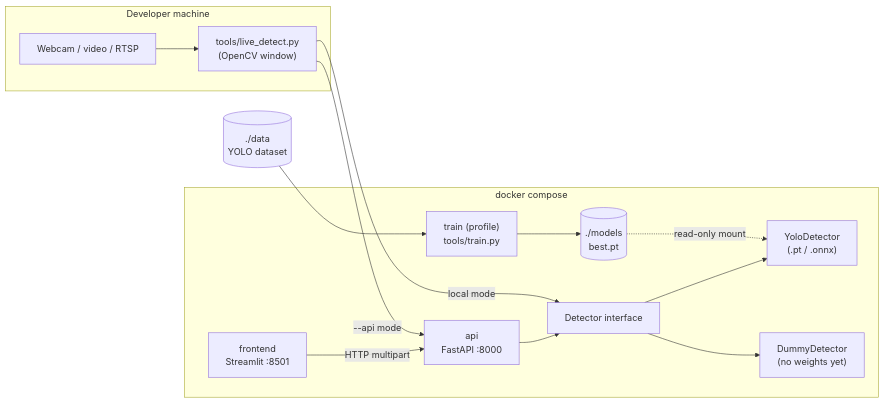
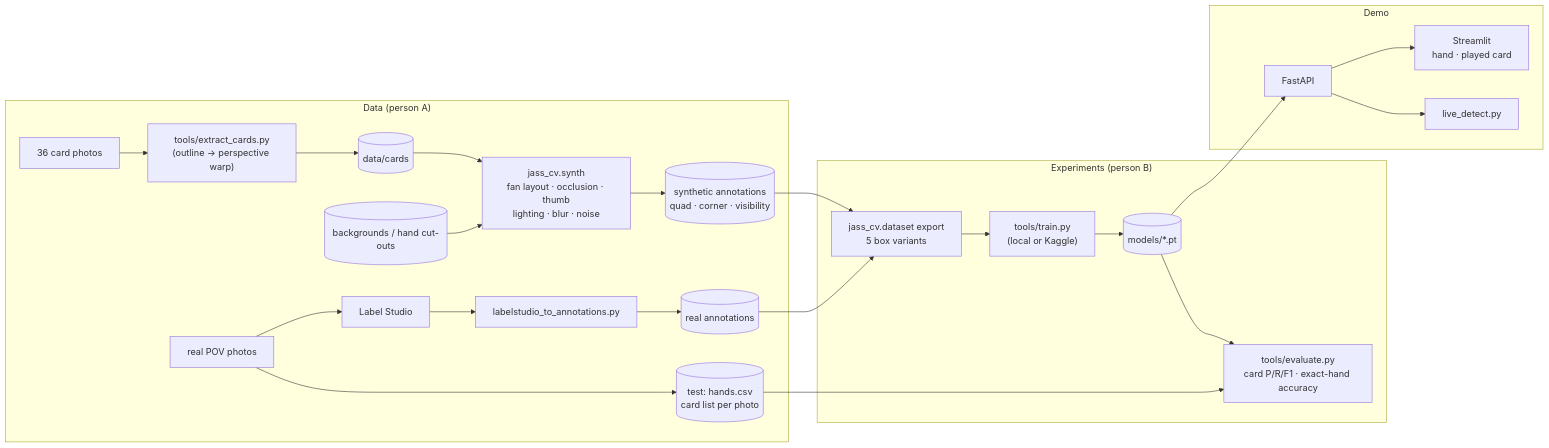
One commit to Noah-Rod/cvai changed the diagram in docs/architecture.md. Above: the diagram before and after it, drawn with Mermaid. The commit also changed other lines of this file and 34 other files, not shown here.

First line of the commit message:
feat: refocus on fanned-hand recognition with a synthetic data pipeline

````diff
--- a/docs/architecture.md
+++ b/docs/architecture.md
@@ -5,17 +32,25 @@
 ```mermaid
 flowchart LR
-    subgraph host["Developer machine"]
-        cam["Webcam / video / RTSP"] --> live["tools/live_detect.py<br/>(OpenCV window)"]
+    subgraph data["Data (person A)"]
+        photos["36 card photos"] --> extract["tools/extract_cards.py<br/>(outline → perspective warp)"]
+        extract --> faces[("data/cards")]
+        faces --> synth["jass_cv.synth<br/>fan layout · occlusion · thumb<br/>lighting · blur · noise"]
+        bg[("backgrounds / hand cut-outs")] --> synth
+        synth --> ann[("synthetic annotations<br/>quad · corner · visibility")]
+        real["real POV photos"] --> ls["Label Studio"] --> conv["labelstudio_to_annotations.py"] --> realann[("real annotations")]
+        real --> csv[("test: hands.csv<br/>card list per photo")]
     end
-    subgraph compose["docker compose"]
-        fe["frontend<br/>Streamlit :8501"] -- "HTTP multipart" --> api["api<br/>FastAPI :8000"]
-        api --> det["Detector interface"]
-        det --> yolo["YoloDetector<br/>(.pt / .onnx)"]
-        det --> dummy["DummyDetector<br/>(no weights yet)"]
-        models[("./models<br/>best.pt")] -. "read-only mount" .-> yolo
-        train["train (profile)<br/>tools/train.py"] --> models
+    subgraph exp["Experiments (person B)"]
+        ann --> export["jass_cv.dataset export<br/>5 box variants"]
+        realann --> export
+        export --> train["tools/train.py<br/>(local or Kaggle)"]
+        train --> weights[("models/*.pt")]
+        weights --> eval["tools/evaluate.py<br/>card P/R/F1 · exact-hand accuracy"]
+        csv --> eval
     end
-    live -- "--api mode" --> api
-    live -- "local mode" --> det
-    data[("./data<br/>YOLO dataset")] --> train
+    subgraph app["Demo"]
+        weights --> api["FastAPI"]
+        api --> fe["Streamlit<br/>hand · played card"]
+        api --> live["live_detect.py"]
+    end
 ```
````
